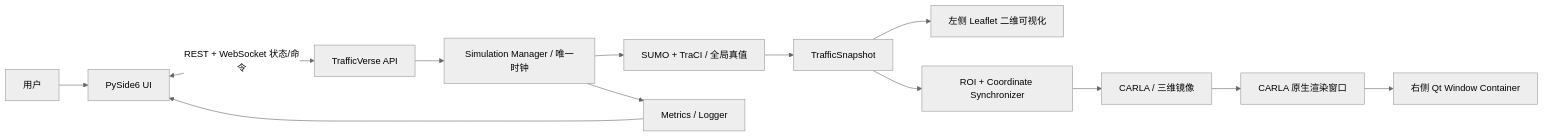
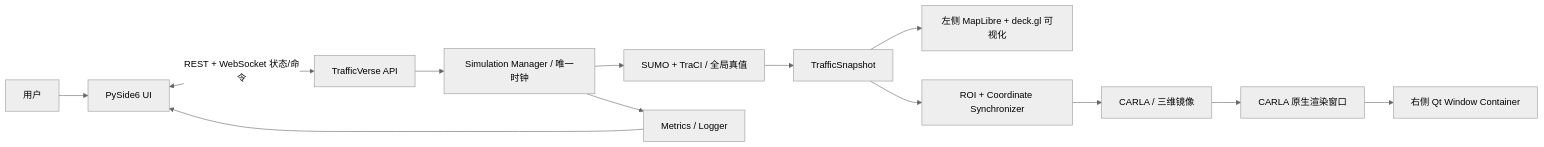
Before and after one commit to Harry-jiajia/TrafficSIM: the diagram in docs/PRD.md, drawn with Mermaid (neutral theme). The commit also changed other lines of this file and 30 other files, not shown here.

Commit message:
update figure

````diff
--- a/docs/PRD.md
+++ b/docs/PRD.md
@@ -148,15 +149,15 @@
 ```mermaid
 flowchart LR
     USER["用户"] --> UI["PySide6 UI"]
     UI <-->|"REST + WebSocket 状态/命令"| API["TrafficVerse API"]
     API --> SM["Simulation Manager / 唯一时钟"]
     SM --> SUMO["SUMO + TraCI / 全局真值"]
     SUMO --> SNAP["TrafficSnapshot"]
-    SNAP --> MAP["左侧 Leaflet 二维可视化"]
+    SNAP --> MAP["左侧 MapLibre + deck.gl 可视化"]
     SNAP --> ROI["ROI + Coordinate Synchronizer"]
     ROI --> CARLA["CARLA / 三维镜像"]
     CARLA --> NATIVE["CARLA 原生渲染窗口"]
     NATIVE --> HOST["右侧 Qt Window Container"]
     SM --> METRIC["Metrics / Logger"]
     METRIC --> UI
 ```
````
